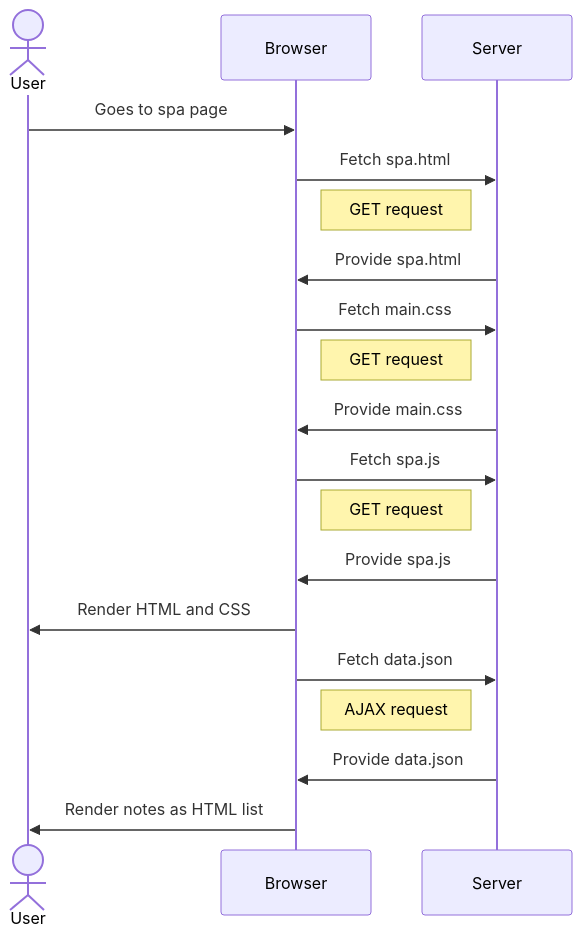
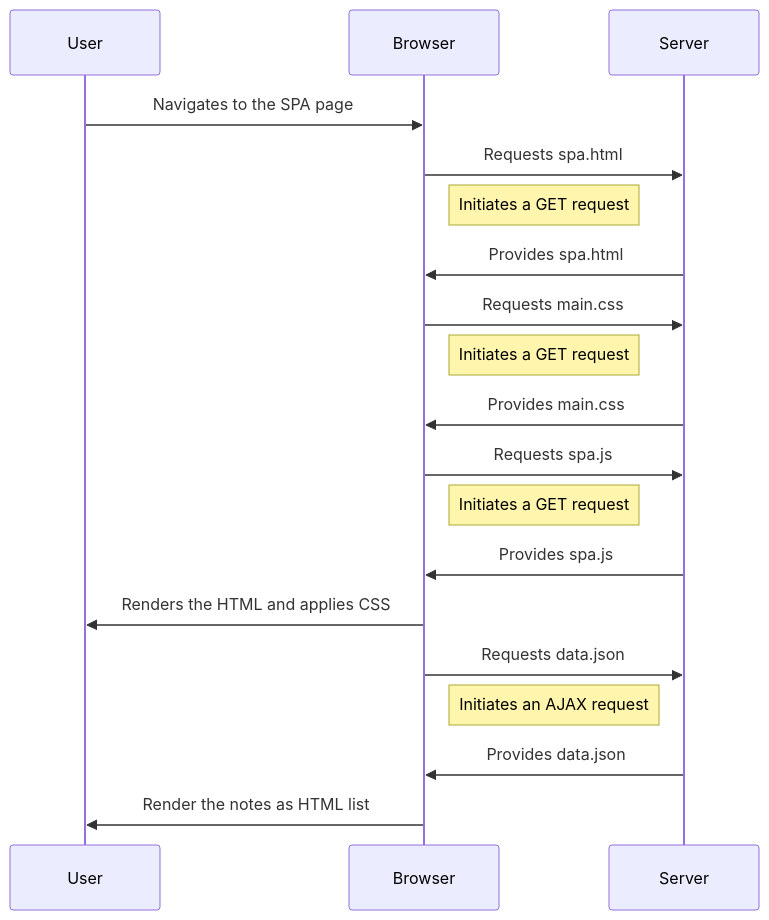
The diagram in part0/Exercise 0.5 Single page app.md (Yenya14/fullstackopen), drawn with Mermaid before and after one commit. The commit also changed 2 other files, not shown here.

Commit message:
updating changes for part0

````diff
--- a/part0/Exercise 0.5 Single page app.md
+++ b/part0/Exercise 0.5 Single page app.md
@@ -1,20 +1,22 @@
 ```mermaid
 sequenceDiagram
-Actor User
+    participant U as User
+    participant B as Browser
+    participant S as Server
 
-User->>Browser: Goes to spa page
-Browser->>Server: Fetch spa.html
-Note right of Browser: GET request
-Server->>Browser: Provide spa.html
-Browser->>Server: Fetch main.css
-Note right of Browser: GET request
-Server->>Browser: Provide main.css
-Browser->>Server: Fetch spa.js
-Note right of Browser: GET request
-Server->>Browser: Provide spa.js
-Browser->>User: Render HTML and CSS
-Browser->>Server: Fetch data.json
-Note right of Browser: AJAX request
-Server->>Browser: Provide data.json
-Browser->>User: Render notes as HTML list
+U->>B: Navigates to the SPA page
+B->>S: Requests spa.html
+Note right of B: Initiates a GET request
+S->>B: Provides spa.html
+B->>S: Requests main.css
+Note right of B: Initiates a GET request
+S->>B: Provides main.css
+B->>S: Requests spa.js
+Note right of B: Initiates a GET request
+S->>B: Provides spa.js
+B->>U: Renders the HTML and applies CSS
+B->>S: Requests data.json
+Note right of B: Initiates an AJAX request
+S->>B: Provides data.json
+B->>U: Render the notes as HTML list
 ```
````
